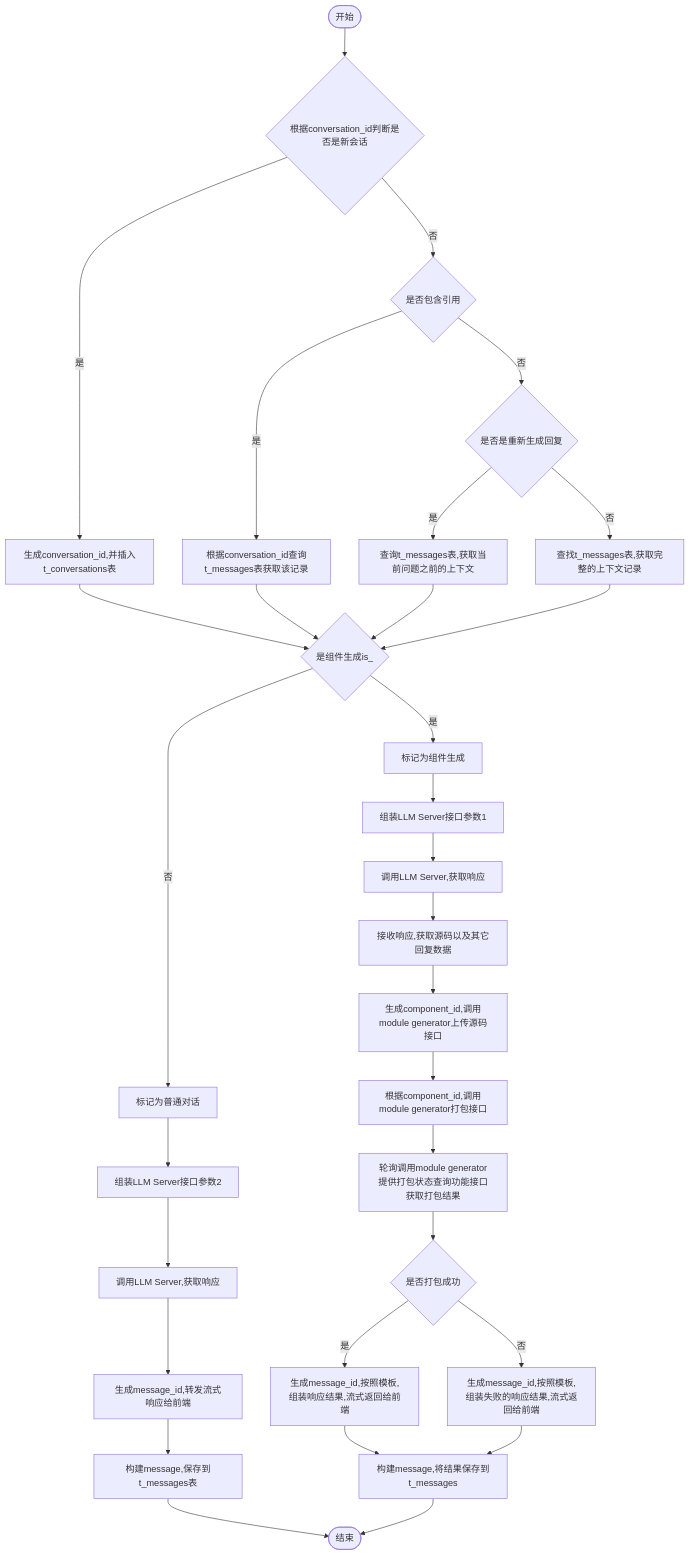
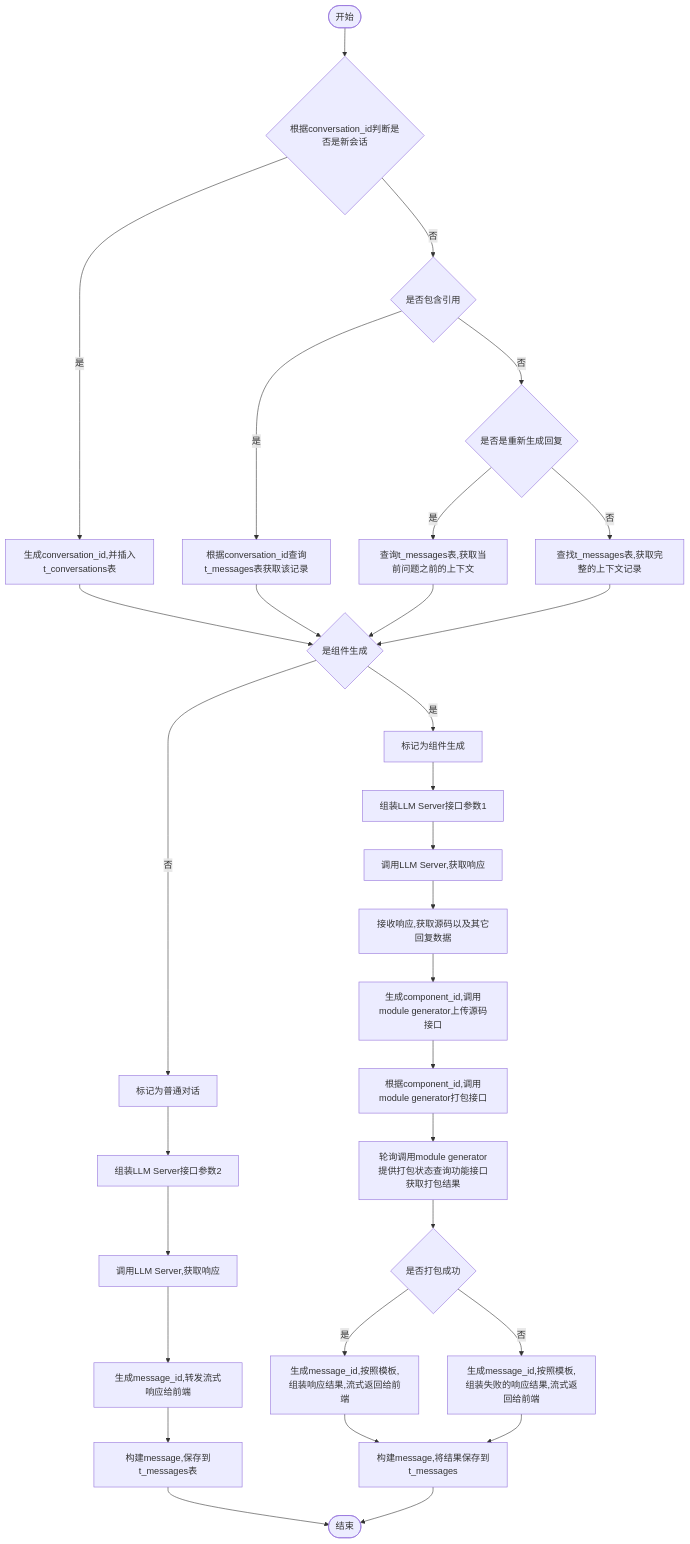
The diagram in all/v0.1.0会话.md (yingjianzh/iodraw-files), drawn with Mermaid before and after one commit.

Commit message:
2024-10-12 17:17:01 update

````diff
--- a/all/v0.1.0会话.md
+++ b/all/v0.1.0会话.md
@@ -1,34 +1,34 @@
 ```mermaid
 flowchart TD
     A([开始]) --> B{根据conversation_id判断是否是新会话}
     B -- 是 --> C[生成conversation_id,并插入t_conversations表]
     B -- 否 --> D{是否包含引用}
     D -- 是 --> E[根据conversation_id查询t_messages表获取该记录]
     D -- 否 --> F{是否是重新生成回复}
     F -- 是 --> G[查询t_messages表,获取当前问题之前的上下文]
     F -- 否 --> H[查找t_messages表,获取完整的上下文记录]
      
-    C & E & G & H --> I{是组件生成is_}
+    C & E & G & H --> I{是组件生成}
     I -- 是 --> J[标记为组件生成]
     I -- 否 --> K[标记为普通对话]
 
     J --> L[组装LLM Server接口参数1]    
     K --> M[组装LLM Server接口参数2]    
     M --> N[调用LLM Server,获取响应]    
     N --> O[生成message_id,转发流式响应给前端]
     O --> P[构建message,保存到t_messages表]
     P --> R([结束])
 
 
     L --> S[调用LLM Server,获取响应]
     S --> T[接收响应,获取源码以及其它回复数据]
     T --> U[生成component_id,调用module generator上传源码接口]
     U --> V[根据component_id,调用module generator打包接口]
     V --> W[轮询调用module generator提供打包状态查询功能接口获取打包结果]
     W --> X{是否打包成功}
     X -- 是 --> Y[生成message_id,按照模板,组装响应结果,流式返回给前端]
     X -- 否 --> Z[生成message_id,按照模板,组装失败的响应结果,流式返回给前端]
 
     Y & Z --> Result[构建message,将结果保存到t_messages]
     Result --> R
 ```
````
